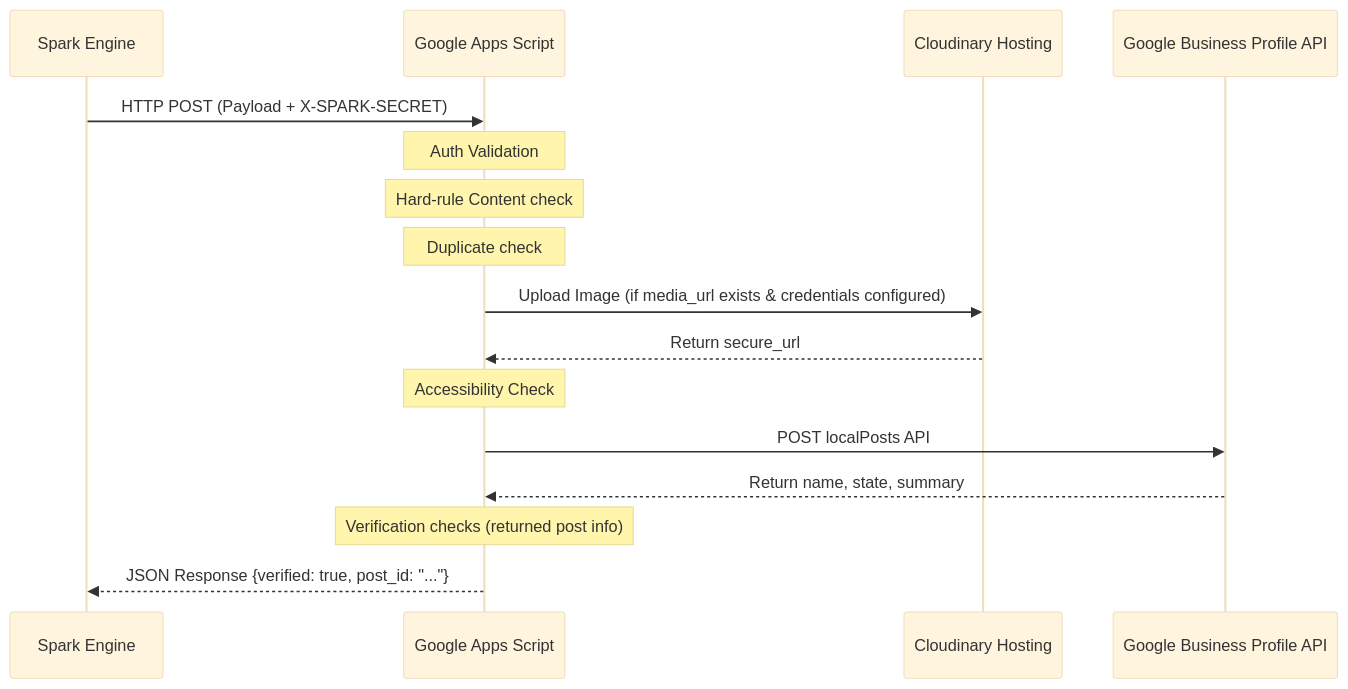
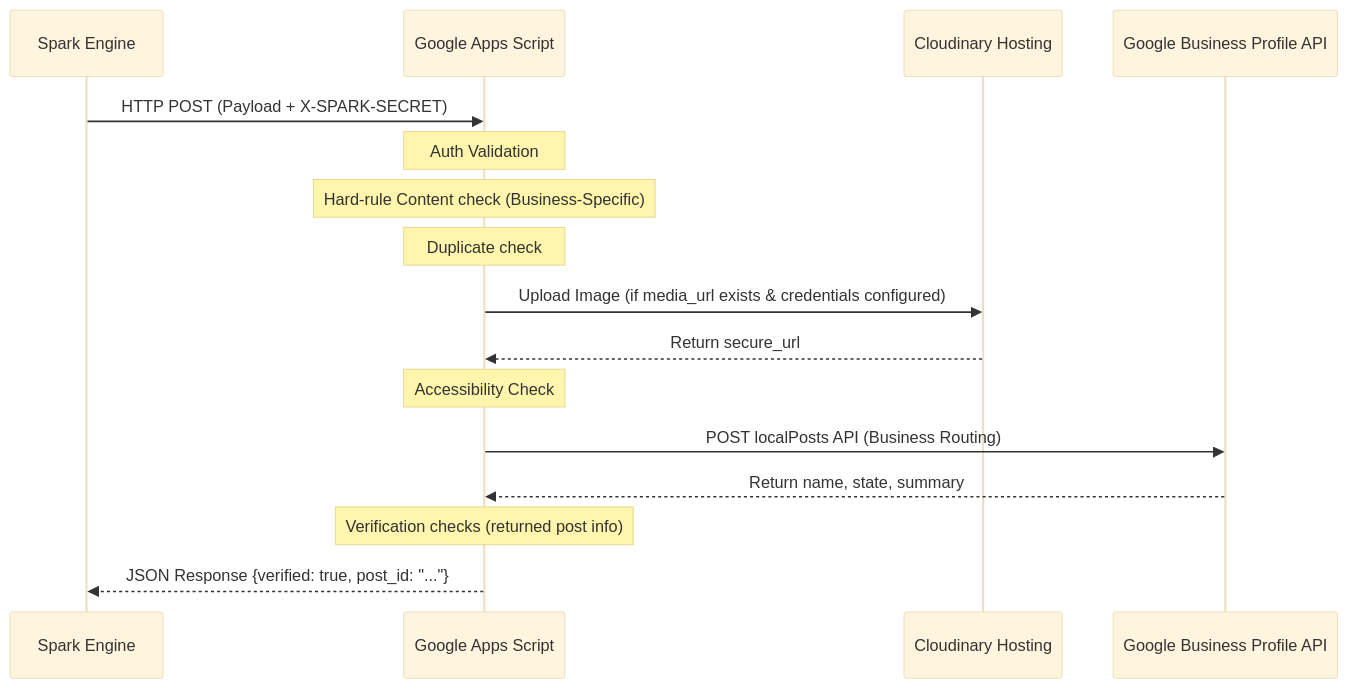
The diagram in README.md (Yashu-maheshwari/GMB-Post), drawn with Mermaid (base theme) before and after one commit. The commit also changed other lines of this file and 6 other files, not shown here.

````diff
--- a/README.md
+++ b/README.md
@@ -11,19 +11,19 @@
 ```mermaid
 sequenceDiagram
     participant Spark as Spark Engine
     participant GAS as Google Apps Script
     participant Cloudinary as Cloudinary Hosting
     participant GBP as Google Business Profile API
 
     Spark->>GAS: HTTP POST (Payload + X-SPARK-SECRET)
     Note over GAS: Auth Validation
-    Note over GAS: Hard-rule Content check
+    Note over GAS: Hard-rule Content check (Business-Specific)
     Note over GAS: Duplicate check
     GAS->>Cloudinary: Upload Image (if media_url exists & credentials configured)
     Cloudinary-->>GAS: Return secure_url
     Note over GAS: Accessibility Check
-    GAS->>GBP: POST localPosts API
+    GAS->>GBP: POST localPosts API (Business Routing)
     GBP-->>GAS: Return name, state, summary
     Note over GAS: Verification checks (returned post info)
     GAS-->>Spark: JSON Response {verified: true, post_id: "..."}
 ```
````
